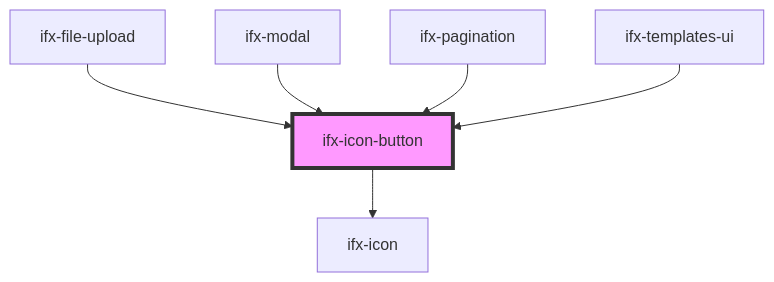
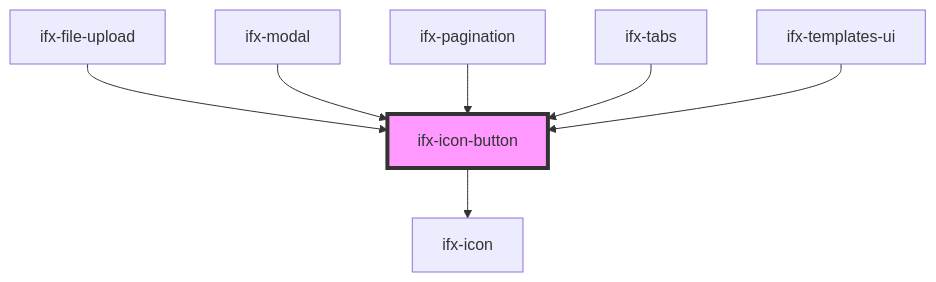
The diagram in packages/components/src/components/icon-button/readme.md (Infineon/infineon-design-system-stencil), drawn with Mermaid before and after one commit. The commit also changed other lines of this file and 3 other files, not shown here.

````diff
--- a/packages/components/src/components/icon-button/readme.md
+++ b/packages/components/src/components/icon-button/readme.md
@@ -49,9 +50,10 @@
 ```mermaid
 graph TD;
   ifx-icon-button --> ifx-icon
   ifx-file-upload --> ifx-icon-button
   ifx-modal --> ifx-icon-button
   ifx-pagination --> ifx-icon-button
+  ifx-tabs --> ifx-icon-button
   ifx-templates-ui --> ifx-icon-button
   style ifx-icon-button fill:#f9f,stroke:#333,stroke-width:4px
 ```
````
